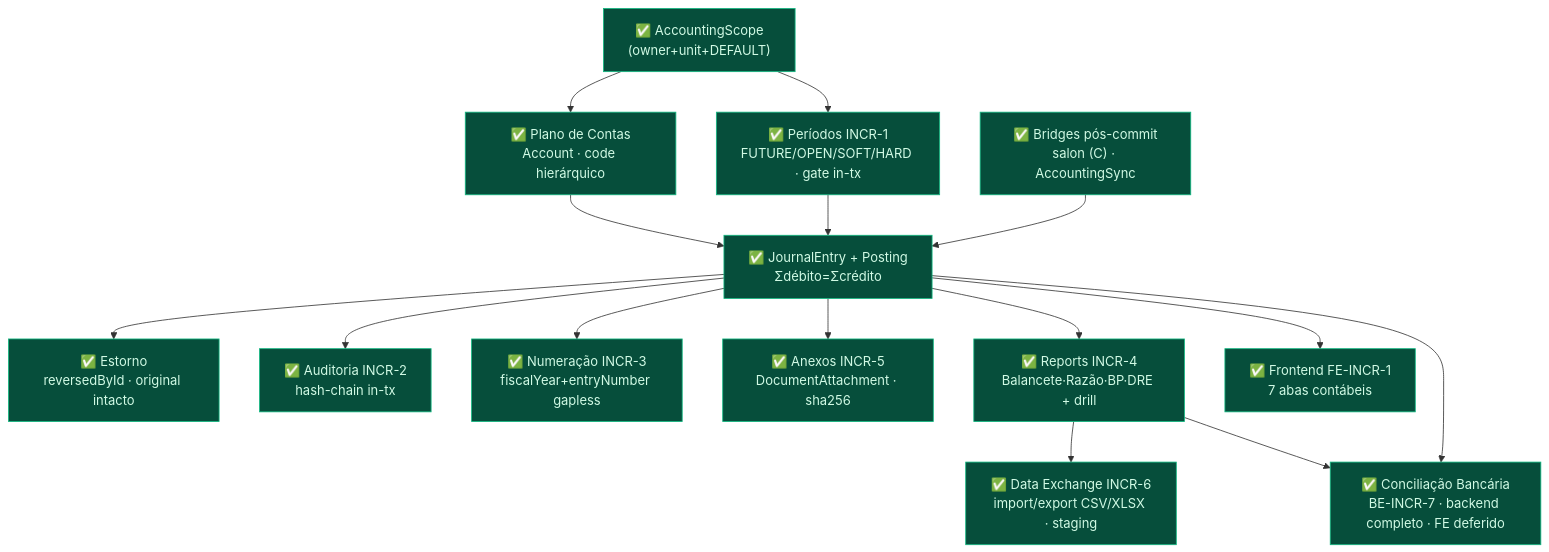
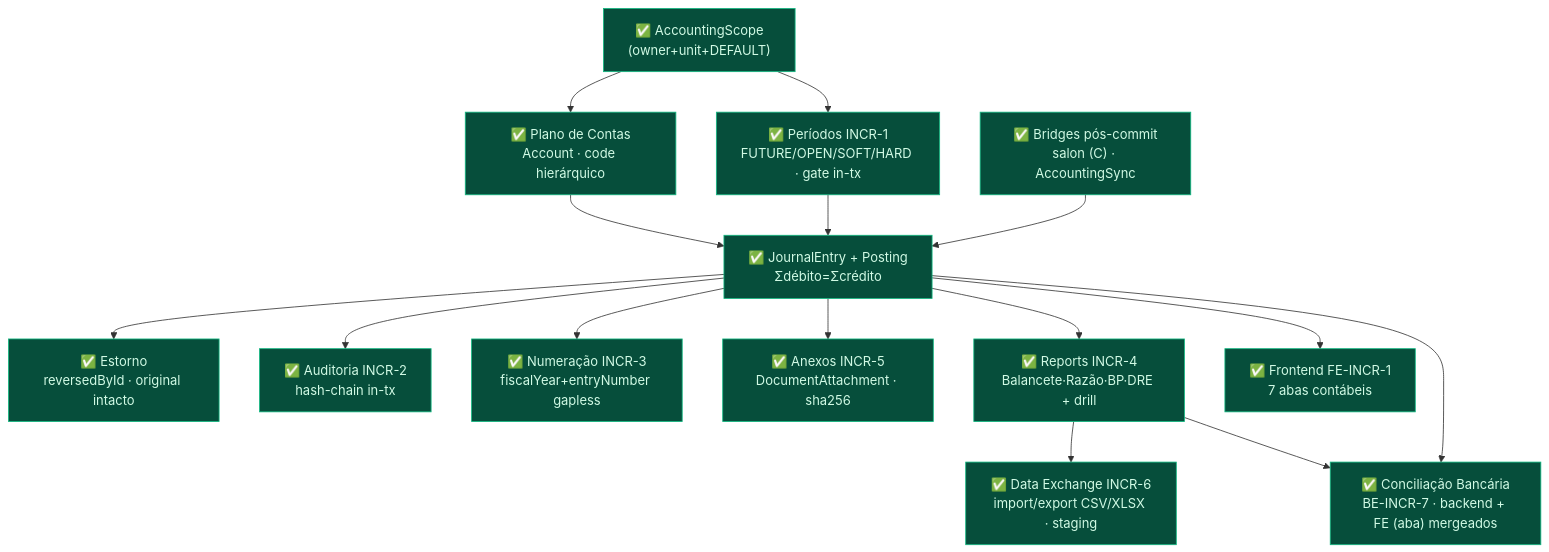
The diagram in docs/accounting/ACCOUNTING-MASTER-MAP.md (web3br1/luminaristest), drawn with Mermaid before and after one commit. The commit also changed other lines of this file, not shown here.

First line of the commit message:
docs(accounting): master map §3 — conciliação FE mergeada, não deferida

````diff
--- a/docs/accounting/ACCOUNTING-MASTER-MAP.md
+++ b/docs/accounting/ACCOUNTING-MASTER-MAP.md
@@ -41,32 +41,32 @@
 ```mermaid
 flowchart TD
     classDef done fill:#064e3b,stroke:#10b981,color:#d1fae5;
     classDef wip fill:#78350f,stroke:#f59e0b,color:#fef3c7;
 
     A["✅ AccountingScope<br/>(owner+unit+DEFAULT)"]:::done
     B["✅ Plano de Contas<br/>Account · code hierárquico"]:::done
     C["✅ Períodos INCR-1<br/>FUTURE/OPEN/SOFT/HARD · gate in-tx"]:::done
     D["✅ JournalEntry + Posting<br/>Σdébito=Σcrédito"]:::done
     F["✅ Estorno<br/>reversedById · original intacto"]:::done
     G["✅ Auditoria INCR-2<br/>hash-chain in-tx"]:::done
     H["✅ Numeração INCR-3<br/>fiscalYear+entryNumber gapless"]:::done
     I["✅ Anexos INCR-5<br/>DocumentAttachment · sha256"]:::done
     R["✅ Reports INCR-4<br/>Balancete·Razão·BP·DRE + drill"]:::done
     X["✅ Data Exchange INCR-6<br/>import/export CSV/XLSX · staging"]:::done
     FE["✅ Frontend FE-INCR-1<br/>7 abas contábeis"]:::done
     BR["✅ Bridges pós-commit<br/>salon (C) · AccountingSync"]:::done
-    T["✅ Conciliação Bancária<br/>BE-INCR-7 · backend completo · FE deferido"]:::done
+    T["✅ Conciliação Bancária<br/>BE-INCR-7 · backend + FE (aba) mergeados"]:::done
 
     A --> B --> D
     A --> C --> D
     D --> F
     D --> G
     D --> H
     D --> I
     D --> R
     R --> X
     D --> FE
     BR --> D
     R --> T
     D --> T
 ```
````
